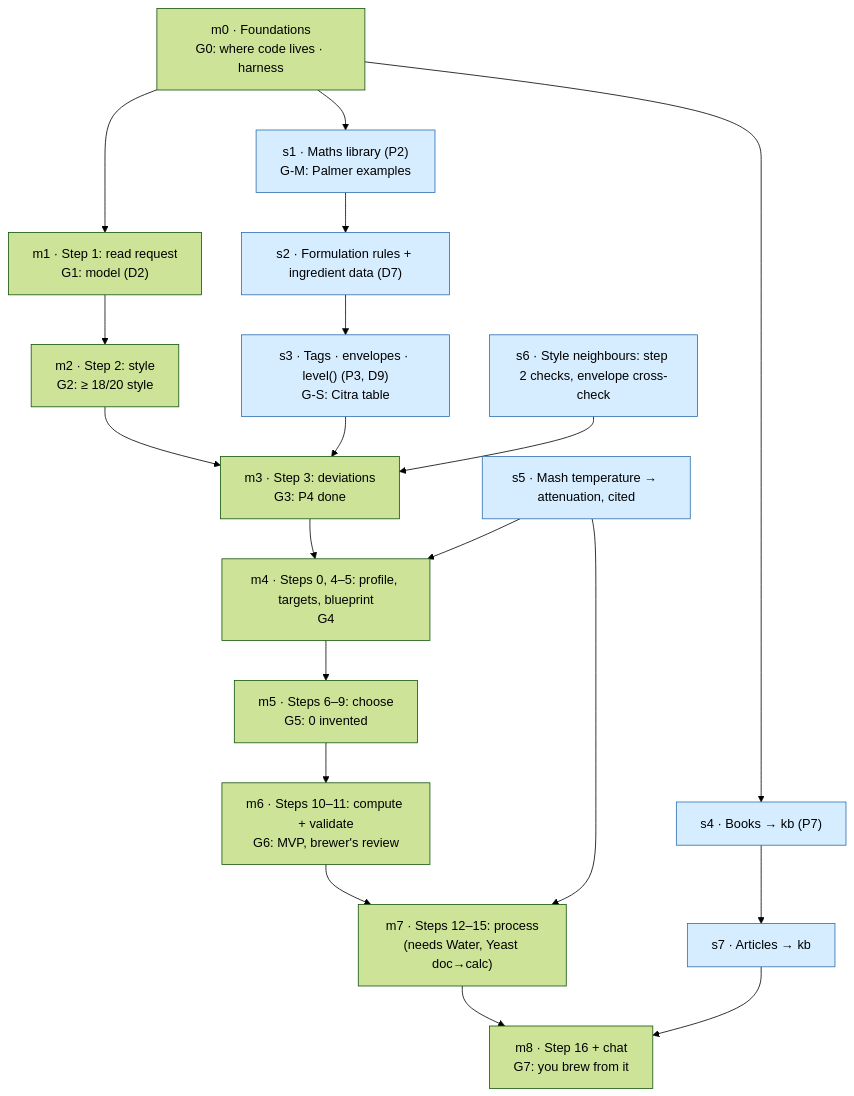
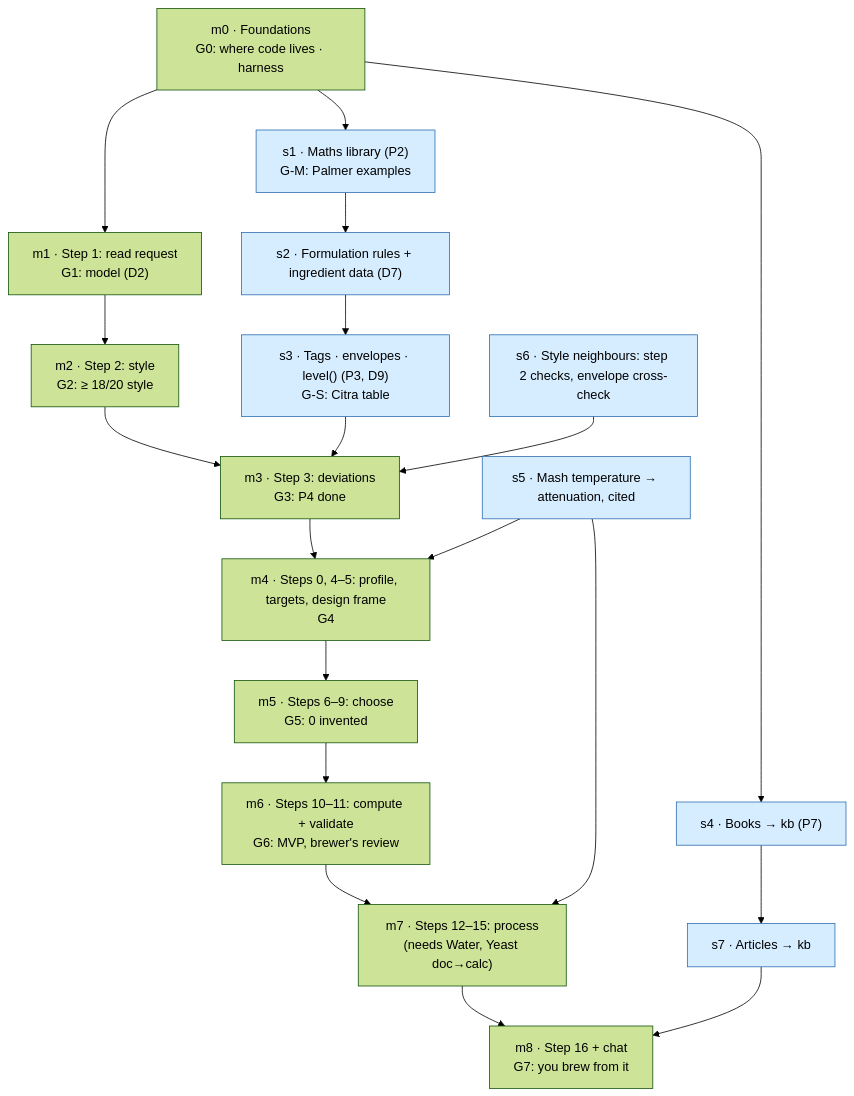
One commit to badacsonyigorenyember/homebrew_ai changed the diagram in docs/WORKFLOW-ROADMAP.md. Above: the diagram before and after it, drawn with Mermaid (forest theme). The commit also changed other lines of this file and 4 other files, not shown here.

````diff
--- a/docs/WORKFLOW-ROADMAP.md
+++ b/docs/WORKFLOW-ROADMAP.md
@@ -28,24 +28,24 @@
 ```mermaid
 flowchart TD
     M0["m0 · Foundations<br/>G0: where code lives · harness"] --> M1 & S1 & S4
     M1["m1 · Step 1: read request<br/>G1: model (D2)"] --> M2
     M2["m2 · Step 2: style<br/>G2: ≥ 18/20 style"] --> M3
     S1["s1 · Maths library (P2)<br/>G-M: Palmer examples"] --> S2
     S2["s2 · Formulation rules + ingredient data (D7)"]
     S2 --> S3
     S3["s3 · Tags · envelopes · level() (P3, D9)<br/>G-S: Citra table"] --> M3
     S6["s6 · Style neighbours: step 2 checks, envelope cross-check"] --> M3
     M3["m3 · Step 3: deviations<br/>G3: P4 done"] --> M4
     S5["s5 · Mash temperature → attenuation, cited"] --> M4
-    M4["m4 · Steps 0, 4–5: profile, targets, blueprint<br/>G4"] --> M5
+    M4["m4 · Steps 0, 4–5: profile, targets, design frame<br/>G4"] --> M5
     M5["m5 · Steps 6–9: choose<br/>G5: 0 invented"] --> M6
     M6["m6 · Steps 10–11: compute + validate<br/>G6: MVP, brewer's review"] --> M7
     M7["m7 · Steps 12–15: process<br/>(needs Water, Yeast doc→calc)"] --> M8
     S4["s4 · Books → kb (P7)"] --> S7
     S7["s7 · Articles → kb"] --> M8
     S5 --> M7
     M8["m8 · Step 16 + chat<br/>G7: you brew from it"]
 
     classDef side fill:#d6ecff,stroke:#2f6fb0,color:#000
     class S1,S2,S3,S4,S5,S6,S7 side
 ```
````
